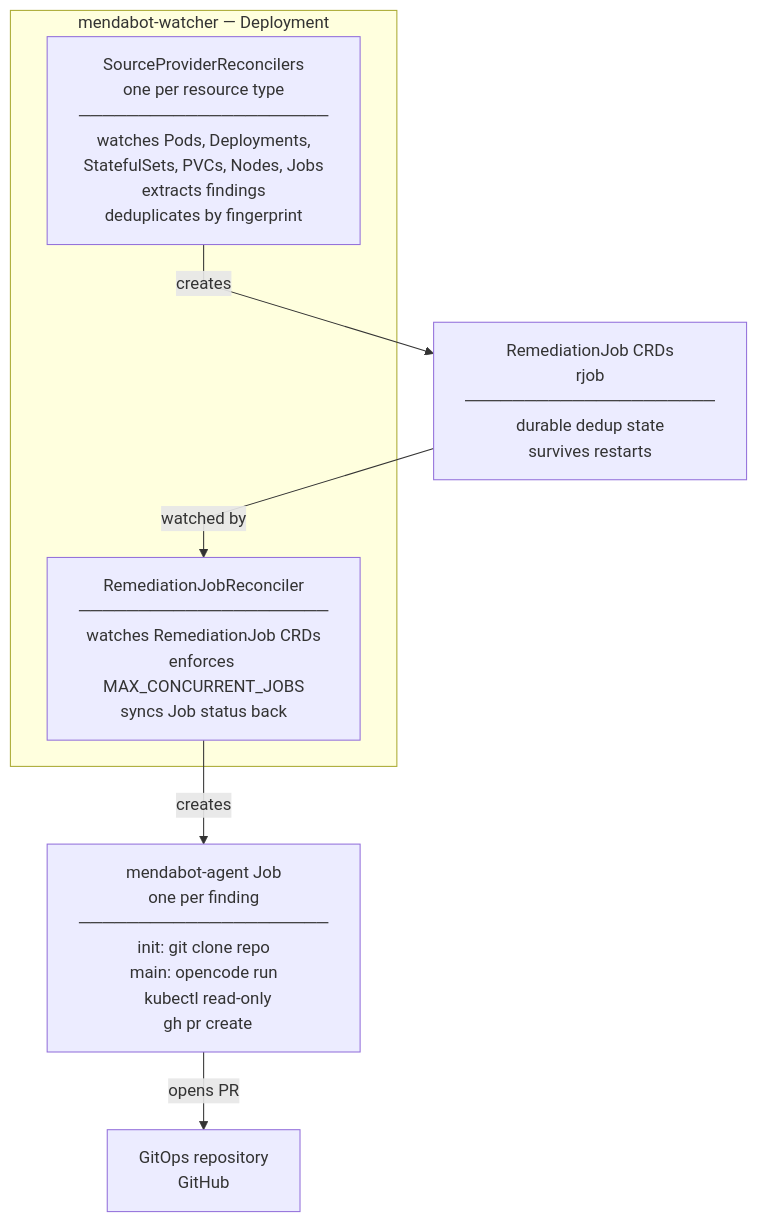
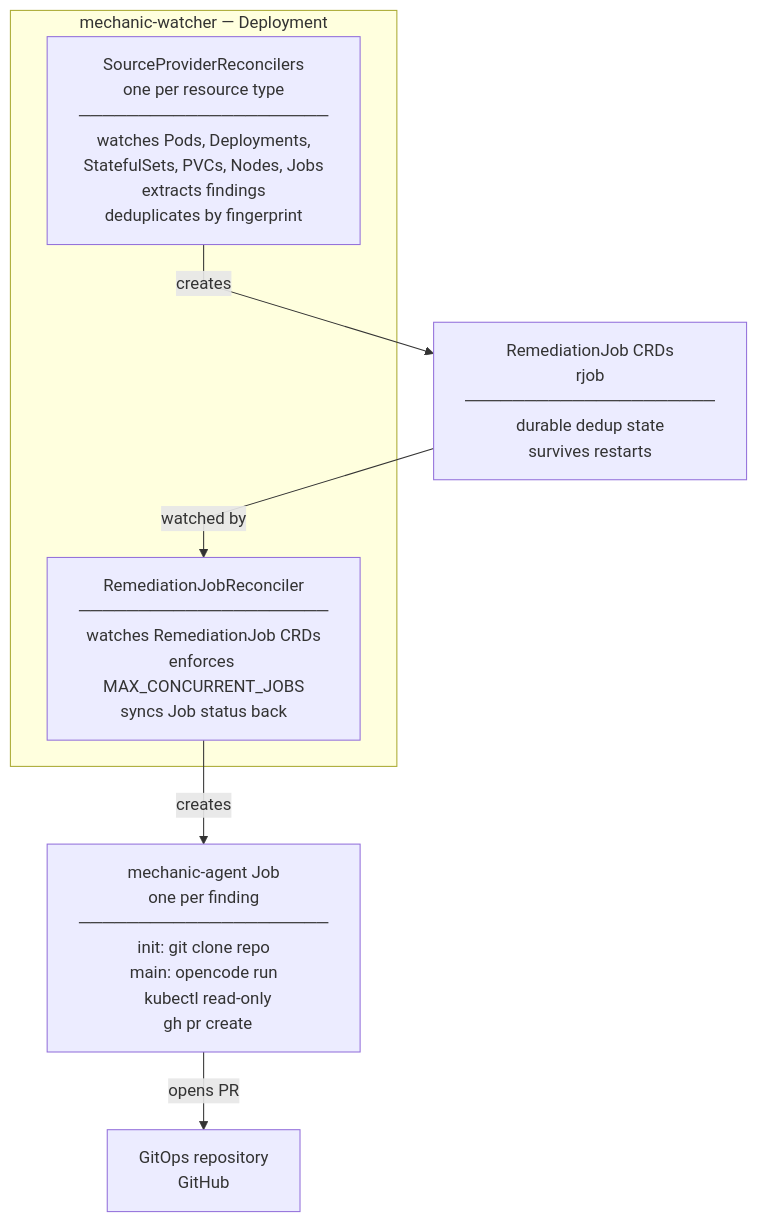
Before and after one commit to lenaxia/k8s-mechanic: the first of 2 diagrams in README.md, drawn with Mermaid. The commit also changed other lines of this file and 1 other file, not shown here.

````diff
--- a/README.md
+++ b/README.md
@@ -318,19 +322,19 @@
 ```mermaid
 %%{init: {'flowchart': {'curve': 'linear'}}}%%
 flowchart TD
-    subgraph watcher["mendabot-watcher — Deployment"]
+    subgraph watcher["mechanic-watcher — Deployment"]
         SPR["SourceProviderReconcilers<br/>one per resource type<br/>─────────────────────<br/>watches Pods, Deployments,<br/>StatefulSets, PVCs, Nodes, Jobs<br/>extracts findings<br/>deduplicates by fingerprint"]
         RJR["RemediationJobReconciler<br/>─────────────────────<br/>watches RemediationJob CRDs<br/>enforces MAX_CONCURRENT_JOBS<br/>syncs Job status back"]
     end
 
     RJ["RemediationJob CRDs<br/>rjob<br/>─────────────────────<br/>durable dedup state<br/>survives restarts"]
 
-    AJ["mendabot-agent Job<br/>one per finding<br/>─────────────────────<br/>init: git clone repo<br/>main: opencode run<br/>  kubectl read-only<br/>  gh pr create"]
+    AJ["mechanic-agent Job<br/>one per finding<br/>─────────────────────<br/>init: git clone repo<br/>main: opencode run<br/>  kubectl read-only<br/>  gh pr create"]
 
     GH["GitOps repository<br/>GitHub"]
 
     SPR -->|creates| RJ
     RJ -->|watched by| RJR
     RJR -->|creates| AJ
     AJ -->|opens PR| GH
 ```
````
